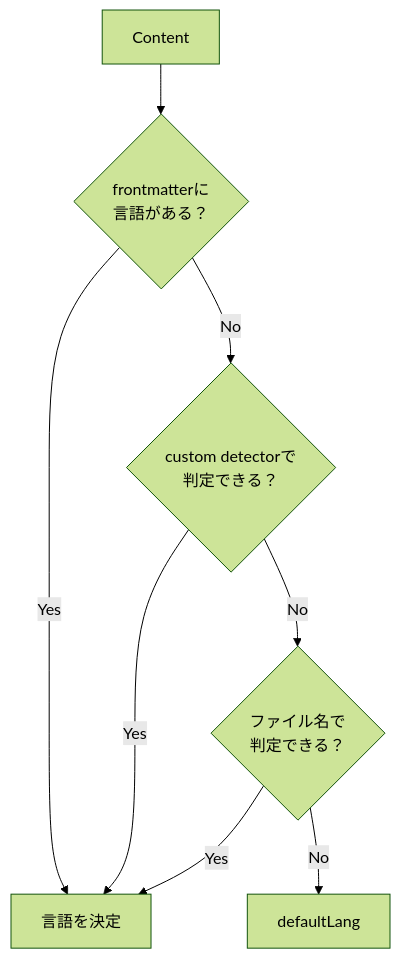
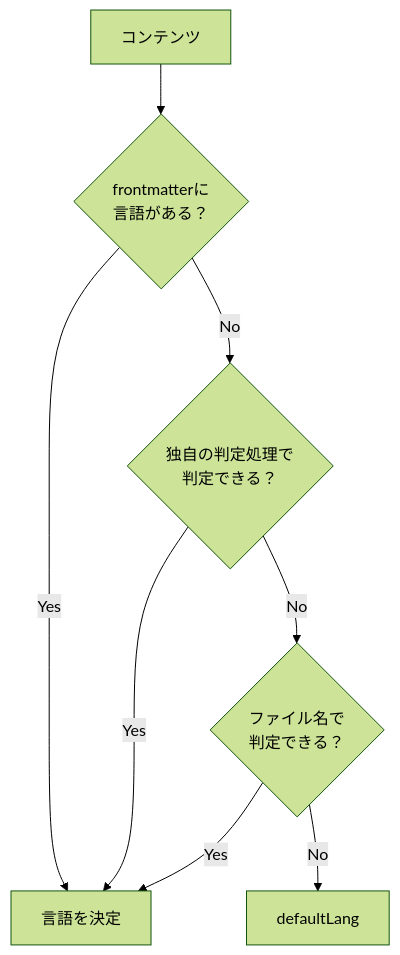
One commit to Rerurate514/riebeckite changed the second of 6 diagrams in docs/docs/guides/localization.ja.md. Above: the diagram before and after it, drawn with Mermaid (forest theme). The commit also changed other lines of this file and 310 other files, not shown here.

````diff
--- a/docs/docs/guides/localization.ja.md
+++ b/docs/docs/guides/localization.ja.md
@@ -82,14 +72,14 @@
 ```mermaid
 flowchart TD
-    Start["Content"]
+    Start["コンテンツ"]
 
     Start --> FM{"frontmatterに<br/>言語がある？"}
     FM -->|Yes| Result["言語を決定"]
-    FM -->|No| Detector{"custom detectorで<br/>判定できる？"}
+    FM -->|No| Detector{"独自の判定処理で<br/>判定できる？"}
 
     Detector -->|Yes| Result
     Detector -->|No| File{"ファイル名で<br/>判定できる？"}
 
     File -->|Yes| Result
     File -->|No| Default["defaultLang"]
 ```
````
